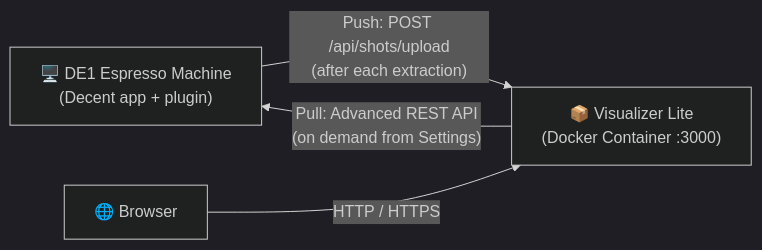
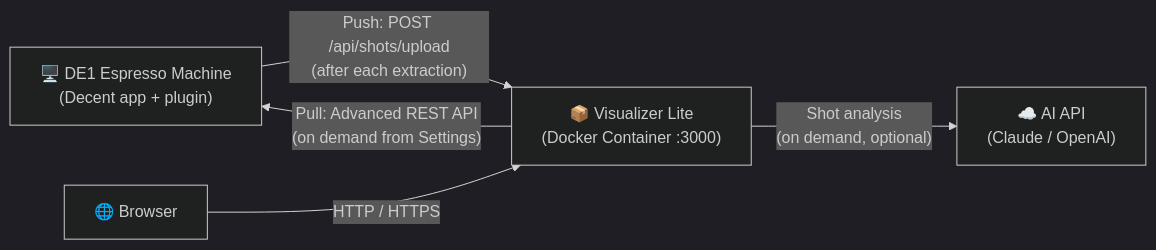
One commit to TomSchmidtDev/visualizer-lite changed the first of 4 diagrams in README.md. Above: the diagram before and after it, drawn with Mermaid (dark theme). The commit also changed other lines of this file and 1 other file, not shown here.

First line of the commit message:
docs: fix Key Features filter, update Architecture for AI analysis

````diff
--- a/README.md
+++ b/README.md
@@ -262,10 +262,12 @@
 ```mermaid
 graph LR
     DE1["🖥️ DE1 Espresso Machine\n(Decent app + plugin)"]
     VL["📦 Visualizer Lite\n(Docker Container :3000)"]
     Browser["🌐 Browser"]
+    AI["☁️ AI API\n(Claude / OpenAI)"]
 
     DE1 -- "Push: POST /api/shots/upload\n(after each extraction)" --> VL
     VL -- "Pull: Advanced REST API\n(on demand from Settings)" --> DE1
     Browser -- "HTTP / HTTPS" --> VL
+    VL -- "Shot analysis\n(on demand, optional)" --> AI
 ```
````
